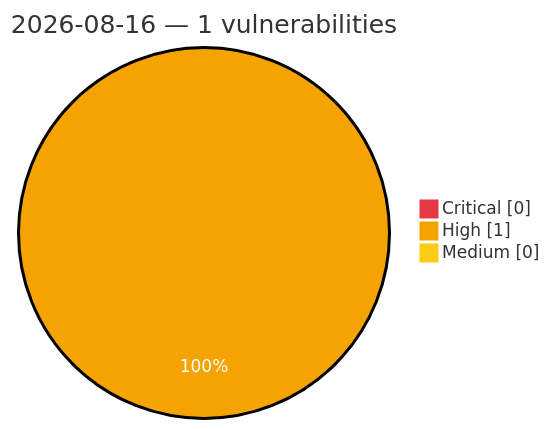
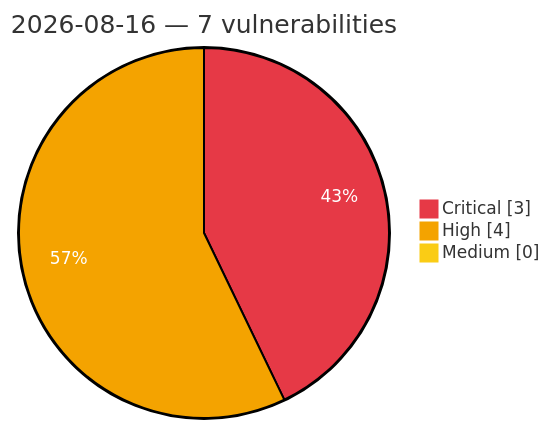
One commit to GhostX0X/vuln-tracker changed the diagram in vulnerabilities/2026/August/2026-08-16.md. Above: the diagram before and after it, drawn with Mermaid. The commit also changed other lines of this file and 5 other files, not shown here.

Commit message:
Auto update: critical/high vulns (2026-08-16 06:58 UTC)

````diff
--- a/vulnerabilities/2026/August/2026-08-16.md
+++ b/vulnerabilities/2026/August/2026-08-16.md
@@ -3,8 +3,8 @@
 ```mermaid
 %%{init: {'theme':'base', 'themeVariables': {'pie1':'#e63946', 'pie2':'#f4a300', 'pie3':'#facc15', 'pieOpacity':'1', 'pieOuterStrokeWidth':'2px', 'pieSectionTextColor':'#ffffff'}}}%%
 pie showData
-    title 2026-08-16 — 1 vulnerabilities
-    "Critical" : 0
-    "High" : 1
+    title 2026-08-16 — 7 vulnerabilities
+    "Critical" : 3
+    "High" : 4
     "Medium" : 0
 ```
````
